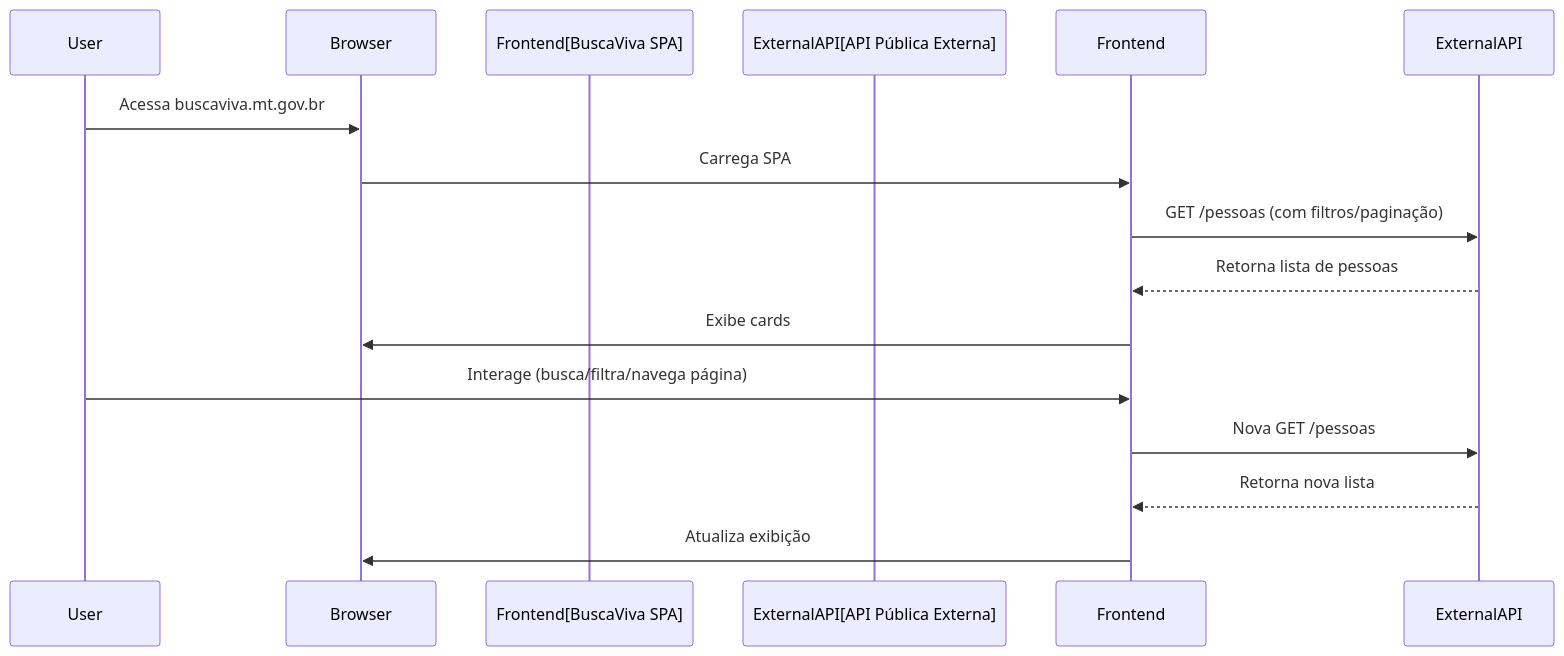
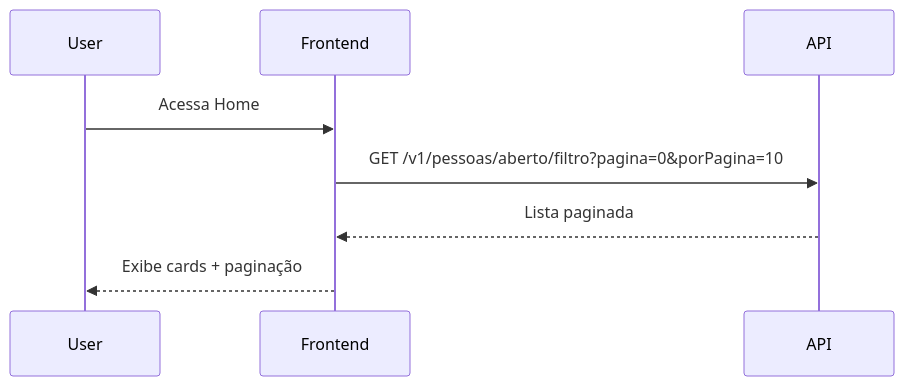
One commit to ezequielvinicius/BuscaVivaMT changed the second of 4 diagrams in docs/02-architecture/ARQUITETURA.md. Above: the diagram before and after it, drawn with Mermaid. The commit also changed other lines of this file and 30 other files, not shown here.

````diff
--- a/docs/02-architecture/ARQUITETURA.md
+++ b/docs/02-architecture/ARQUITETURA.md
@@ -94,17 +67,7 @@
 ```mermaid
 sequenceDiagram
-    participant User
-    participant Browser
-    participant Frontend[BuscaViva SPA]
-    participant ExternalAPI[API Pública Externa]
-
-    User->>Browser: Acessa buscaviva.mt.gov.br
-    Browser->>Frontend: Carrega SPA
-    Frontend->>ExternalAPI: GET /pessoas (com filtros/paginação)
-    ExternalAPI-->>Frontend: Retorna lista de pessoas
-    Frontend->>Browser: Exibe cards
-    User->>Frontend: Interage (busca/filtra/navega página)
-    Frontend->>ExternalAPI: Nova GET /pessoas
-    ExternalAPI-->>Frontend: Retorna nova lista
-    Frontend->>Browser: Atualiza exibição
+    User->>Frontend: Acessa Home
+    Frontend->>API: GET /v1/pessoas/aberto/filtro?pagina=0&porPagina=10
+    API-->>Frontend: Lista paginada
+    Frontend-->>User: Exibe cards + paginação
 ```
````
